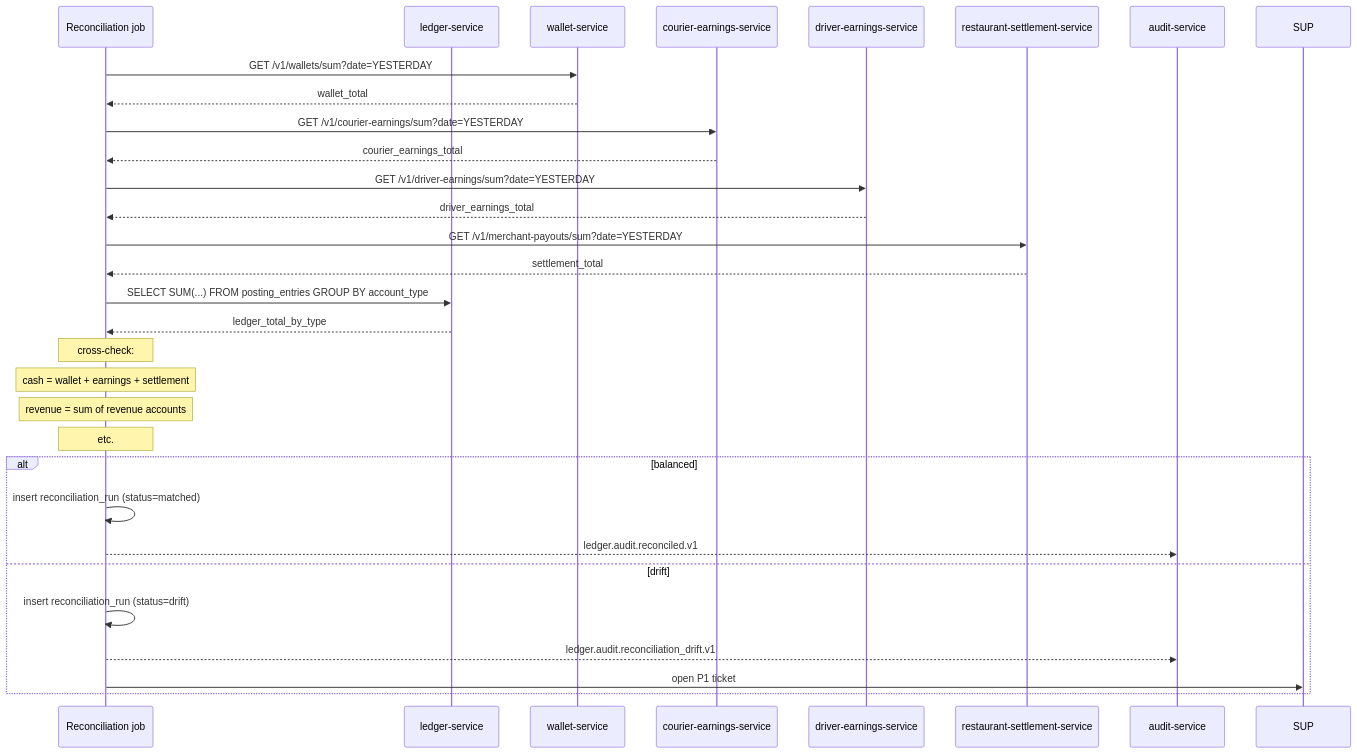
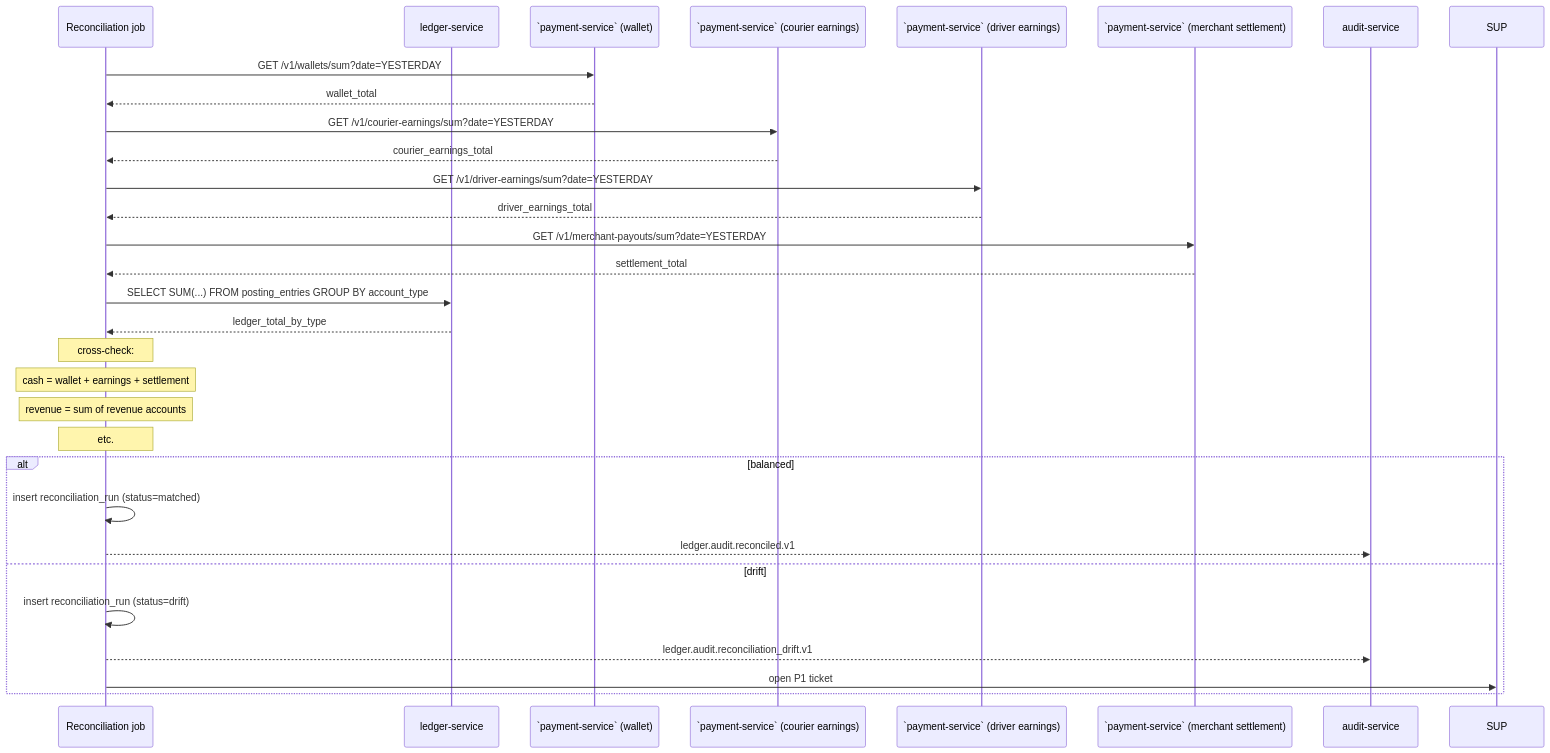
One commit to mohamedhabibwork/trips-enjoy-docs changed the fourth of 7 diagrams in docs/services/ledger-service/WORKFLOWS.md. Above: the diagram before and after it, drawn with Mermaid. The commit also changed other lines of this file and 525 other files, not shown here.

````diff
--- a/docs/services/ledger-service/WORKFLOWS.md
+++ b/docs/services/ledger-service/WORKFLOWS.md
@@ -282,33 +282,33 @@
 ```mermaid
 sequenceDiagram
     participant JOB as Reconciliation job
     participant LS as ledger-service
-    participant WS as wallet-service
-    participant CE as courier-earnings-service
-    participant DE as driver-earnings-service
-    participant RSM as restaurant-settlement-service
+    participant WS as `payment-service` (wallet)
+    participant CE as `payment-service` (courier earnings)
+    participant DE as `payment-service` (driver earnings)
+    participant RSM as `payment-service` (merchant settlement)
     participant AUD as audit-service
 
     JOB->>WS: GET /v1/wallets/sum?date=YESTERDAY
     WS-->>JOB: wallet_total
     JOB->>CE: GET /v1/courier-earnings/sum?date=YESTERDAY
     CE-->>JOB: courier_earnings_total
     JOB->>DE: GET /v1/driver-earnings/sum?date=YESTERDAY
     DE-->>JOB: driver_earnings_total
     JOB->>RSM: GET /v1/merchant-payouts/sum?date=YESTERDAY
     RSM-->>JOB: settlement_total
     JOB->>LS: SELECT SUM(...) FROM posting_entries GROUP BY account_type
     LS-->>JOB: ledger_total_by_type
     Note over JOB: cross-check:
     Note over JOB: cash = wallet + earnings + settlement
     Note over JOB: revenue = sum of revenue accounts
     Note over JOB: etc.
     alt balanced
         JOB->>JOB: insert reconciliation_run (status=matched)
         JOB-->>AUD: ledger.audit.reconciled.v1
     else drift
         JOB->>JOB: insert reconciliation_run (status=drift)
         JOB-->>AUD: ledger.audit.reconciliation_drift.v1
         JOB->>SUP: open P1 ticket
     end
 ```
````
